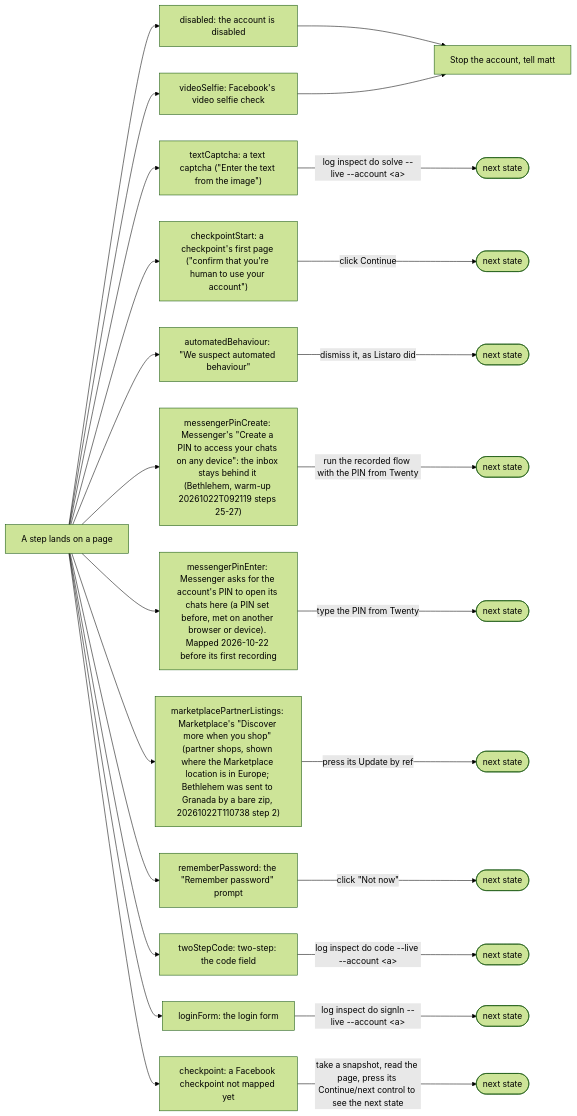
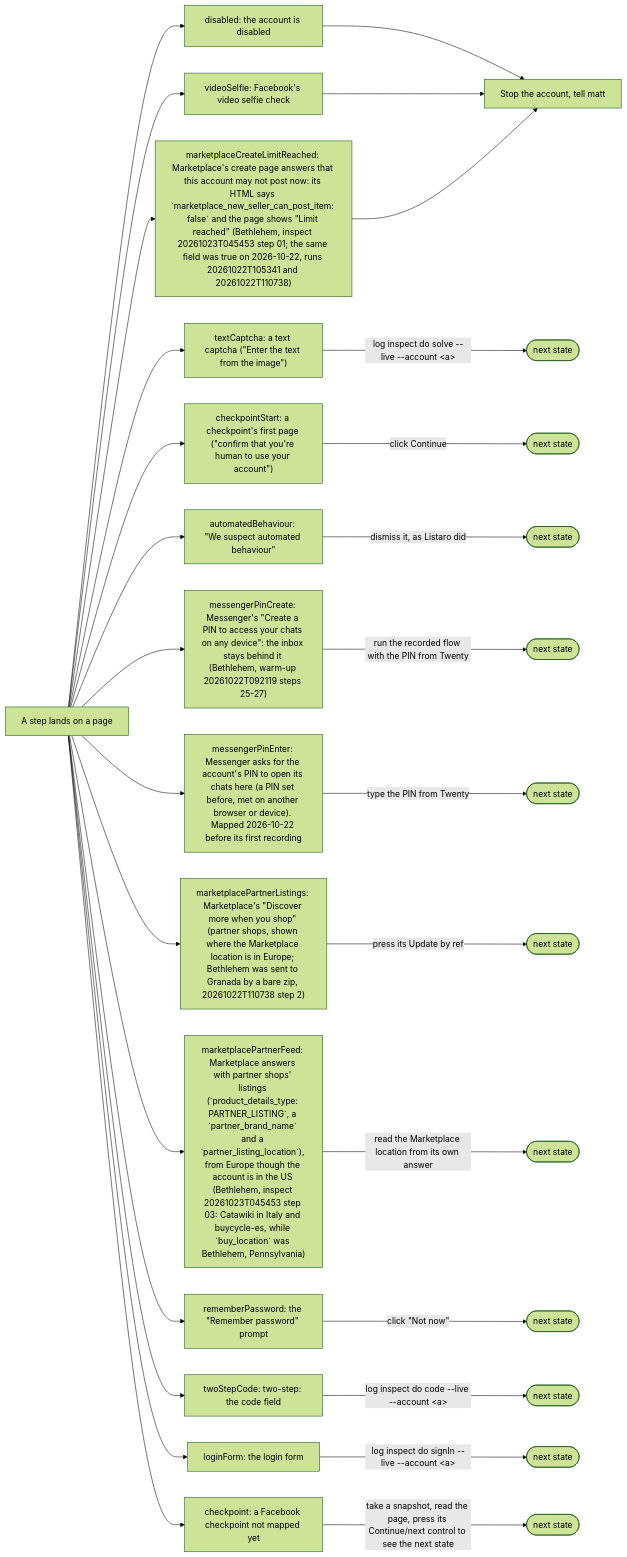
Before and after one commit to matthewdonsemail-lab/log: the fifth of 5 diagrams in README.md, drawn with Mermaid (forest theme). The commit also changed 24 other files, not shown here.

First line of the commit message:
feat: Limit reached and partner listings are page states decided by Facebook's answers, and a warm-up like passes on its answer

````diff
--- a/README.md
+++ b/README.md
@@ -475,41 +475,47 @@
 ```mermaid
 flowchart LR
   page["A step lands on a page"]
   person["Stop the account, tell matt"]
   disabled["disabled: the account is disabled"]
   page --> disabled
   disabled --> person
   videoSelfie["videoSelfie: Facebook's video selfie check"]
   page --> videoSelfie
   videoSelfie --> person
   textCaptcha["textCaptcha: a text captcha (#quot;Enter the text from the image#quot;)"]
   page --> textCaptcha
   textCaptcha -->|"log inspect do solve --live --account #lt;a#gt;"| nexttextCaptcha(["next state"])
   checkpointStart["checkpointStart: a checkpoint's first page (#quot;confirm that you're human to use your account#quot;)"]
   page --> checkpointStart
   checkpointStart -->|"click Continue"| nextcheckpointStart(["next state"])
   automatedBehaviour["automatedBehaviour: #quot;We suspect automated behaviour#quot;"]
   page --> automatedBehaviour
   automatedBehaviour -->|"dismiss it, as Listaro did"| nextautomatedBehaviour(["next state"])
   messengerPinCreate["messengerPinCreate: Messenger's #quot;Create a PIN to access your chats on any device#quot;: the inbox stays behind it (Bethlehem, warm-up 20261022T092119 steps 25-27)"]
   page --> messengerPinCreate
   messengerPinCreate -->|"run the recorded flow with the PIN from Twenty"| nextmessengerPinCreate(["next state"])
   messengerPinEnter["messengerPinEnter: Messenger asks for the account's PIN to open its chats here (a PIN set before, met on another browser or device). Mapped 2026-10-22 before its first recording"]
   page --> messengerPinEnter
   messengerPinEnter -->|"type the PIN from Twenty"| nextmessengerPinEnter(["next state"])
   marketplacePartnerListings["marketplacePartnerListings: Marketplace's #quot;Discover more when you shop#quot; (partner shops, shown where the Marketplace location is in Europe#59; Bethlehem was sent to Granada by a bare zip, 20261022T110738 step 2)"]
   page --> marketplacePartnerListings
   marketplacePartnerListings -->|"press its Update by ref"| nextmarketplacePartnerListings(["next state"])
+  marketplaceCreateLimitReached["marketplaceCreateLimitReached: Marketplace's create page answers that this account may not post now: its HTML says `marketplace_new_seller_can_post_item: false` and the page shows #quot;Limit reached#quot; (Bethlehem, inspect 20261023T045453 step 01#59; the same field was true on 2026-10-22, runs 20261022T105341 and 20261022T110738)"]
+  page --> marketplaceCreateLimitReached
+  marketplaceCreateLimitReached --> person
+  marketplacePartnerFeed["marketplacePartnerFeed: Marketplace answers with partner shops' listings (`product_details_type: PARTNER_LISTING`, a `partner_brand_name` and a `partner_listing_location`), from Europe though the account is in the US (Bethlehem, inspect 20261023T045453 step 03: Catawiki in Italy and buycycle-es, while `buy_location` was Bethlehem, Pennsylvania)"]
+  page --> marketplacePartnerFeed
+  marketplacePartnerFeed -->|"read the Marketplace location from its own answer"| nextmarketplacePartnerFeed(["next state"])
   rememberPassword["rememberPassword: the #quot;Remember password#quot; prompt"]
   page --> rememberPassword
   rememberPassword -->|"click #quot;Not now#quot;"| nextrememberPassword(["next state"])
   twoStepCode["twoStepCode: two-step: the code field"]
   page --> twoStepCode
   twoStepCode -->|"log inspect do code --live --account #lt;a#gt;"| nexttwoStepCode(["next state"])
   loginForm["loginForm: the login form"]
   page --> loginForm
   loginForm -->|"log inspect do signIn --live --account #lt;a#gt;"| nextloginForm(["next state"])
   checkpoint["checkpoint: a Facebook checkpoint not mapped yet"]
   page --> checkpoint
   checkpoint -->|"take a snapshot, read the page, press its Continue/next control to see the next state"| nextcheckpoint(["next state"])
 ```
````
